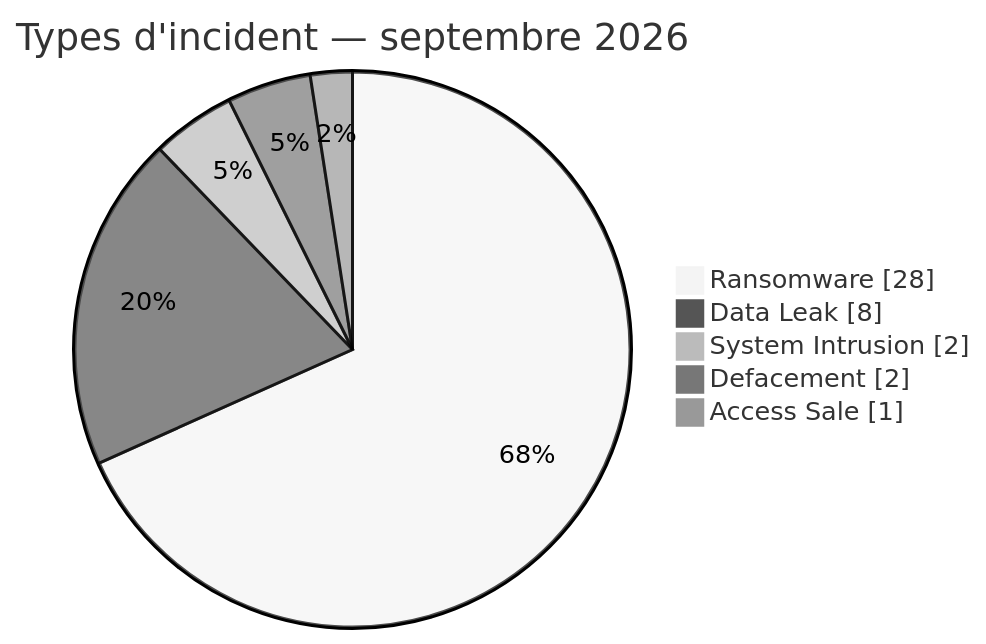
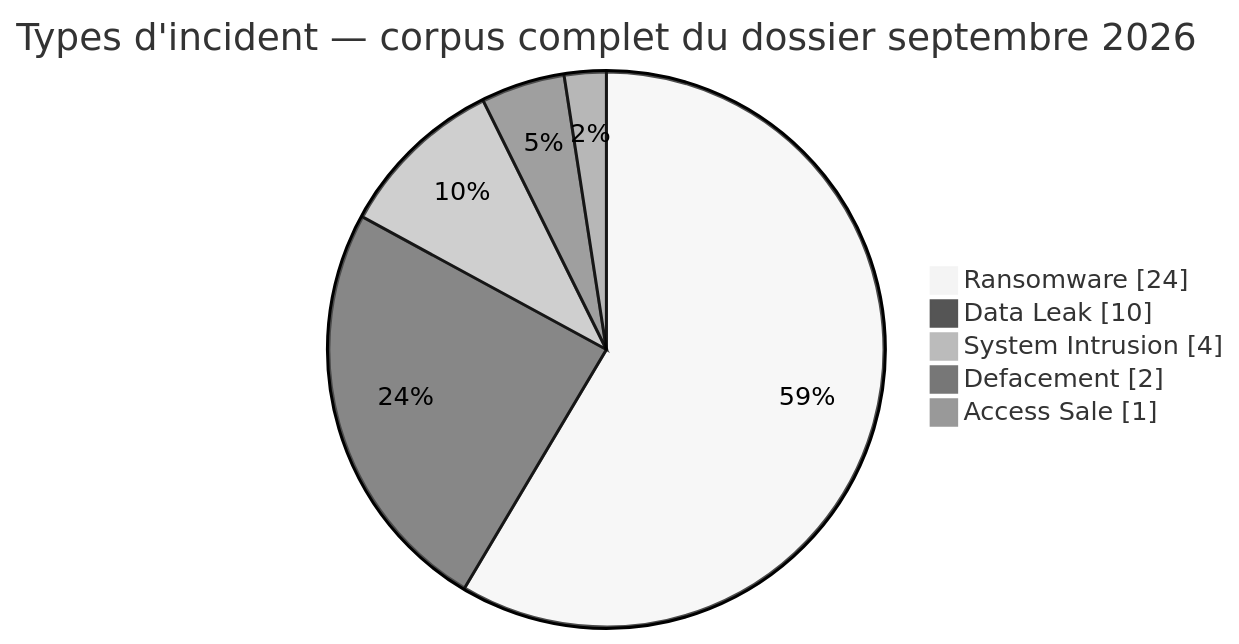
One commit to Hatchepsoute/AFRINTEL changed the second of 10 diagrams in CyberAttackAfrica/2026/09-september/README_FR.md. Above: the diagram before and after it, drawn with Mermaid (neutral theme). The commit also changed other lines of this file and 30 other files, not shown here.

````diff
--- a/CyberAttackAfrica/2026/09-september/README_FR.md
+++ b/CyberAttackAfrica/2026/09-september/README_FR.md
@@ -63,9 +91,9 @@
 ```mermaid
 pie showData
-    title Types d'incident — septembre 2026
-    "Ransomware" : 28
-    "Data Leak" : 8
-    "System Intrusion" : 2
+    title Types d'incident — corpus complet du dossier septembre 2026
+    "Ransomware" : 24
+    "Data Leak" : 10
+    "System Intrusion" : 4
     "Defacement" : 2
     "Access Sale" : 1
 ```
````
